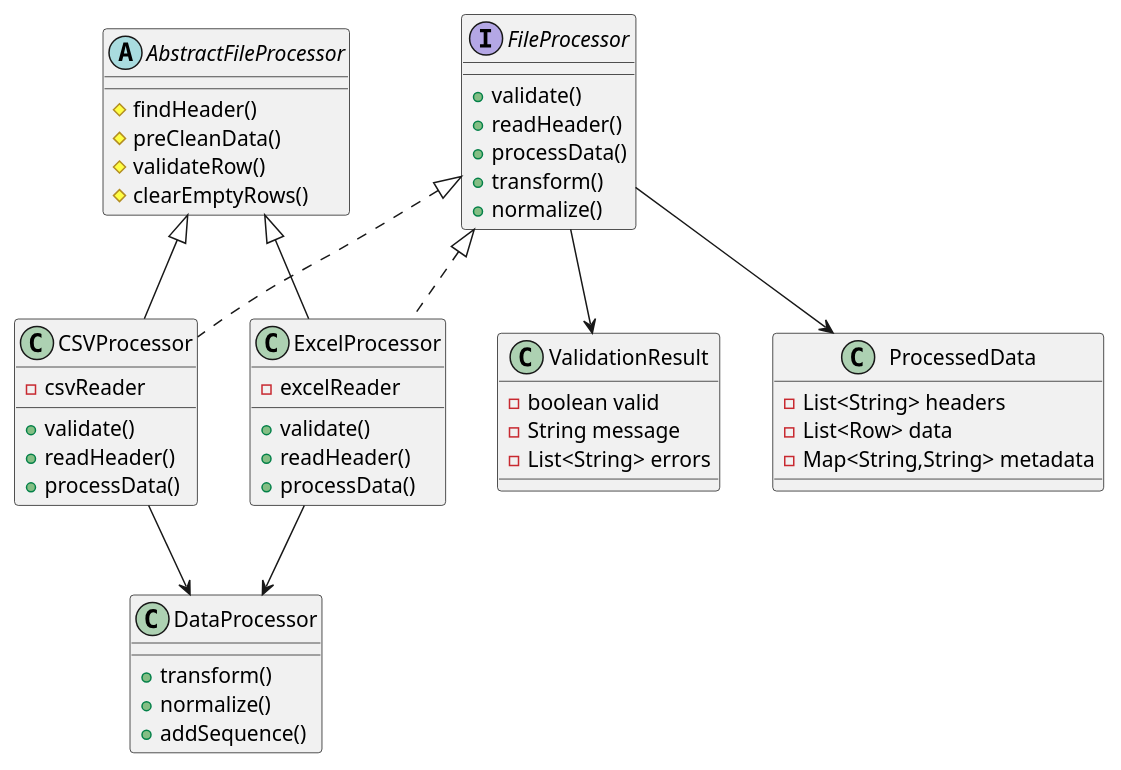
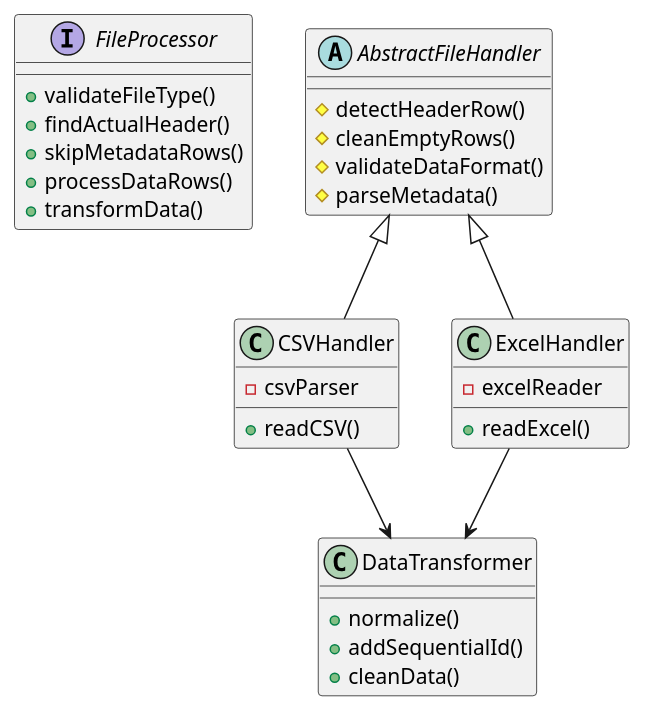
One commit to coffeeisoxygen/fix-data-cleaner changed the diagram in docs/uml/FileProcess.wsd. Above: the diagram before and after it, drawn with PlantUML. The commit also changed 1 other file, not shown here.

Commit message:
Refactor UML diagrams for file processing: update interfaces and classes; introduce DataCleaner architecture

```diff
--- a/docs/uml/FileProcess.wsd
+++ b/docs/uml/FileProcess.wsd
@@ -1,55 +1,35 @@
-@startuml File Processing Flow
-
+@startuml
 interface FileProcessor {
-    +validate()
-    +readHeader()
-    +processData()
-    +transform()
-    +normalize()
+    +validateFileType()
+    +findActualHeader()
+    +skipMetadataRows()
+    +processDataRows()
+    +transformData()
 }
 
-abstract class AbstractFileProcessor {
-    #findHeader()
-    #preCleanData()
-    #validateRow()
-    #clearEmptyRows()
+abstract class AbstractFileHandler {
+    #detectHeaderRow()
+    #cleanEmptyRows()
+    #validateDataFormat()
+    #parseMetadata()
 }
 
-class CSVProcessor extends AbstractFileProcessor implements FileProcessor {
-    -csvReader
-    +validate()
-    +readHeader()
-    +processData()
+class CSVHandler extends AbstractFileHandler {
+    -csvParser
+    +readCSV()
 }
 
-class ExcelProcessor extends AbstractFileProcessor implements FileProcessor {
+class ExcelHandler extends AbstractFileHandler {
     -excelReader
-    +validate()
-    +readHeader()
-    +processData()
+    +readExcel()
 }
 
-class DataProcessor {
-    +transform()
+class DataTransformer {
     +normalize()
-    +addSequence()
+    +addSequentialId()
+    +cleanData()
 }
 
-class ValidationResult {
-    -boolean valid
-    -String message
-    -List<String> errors
-}
-
-class ProcessedData {
-    -List<String> headers
-    -List<Row> data
-    -Map<String,String> metadata
-}
-
-CSVProcessor --> DataProcessor
-ExcelProcessor --> DataProcessor
-FileProcessor --> ValidationResult
-FileProcessor --> ProcessedData
-
+CSVHandler --> DataTransformer
+ExcelHandler --> DataTransformer
 @enduml
```
